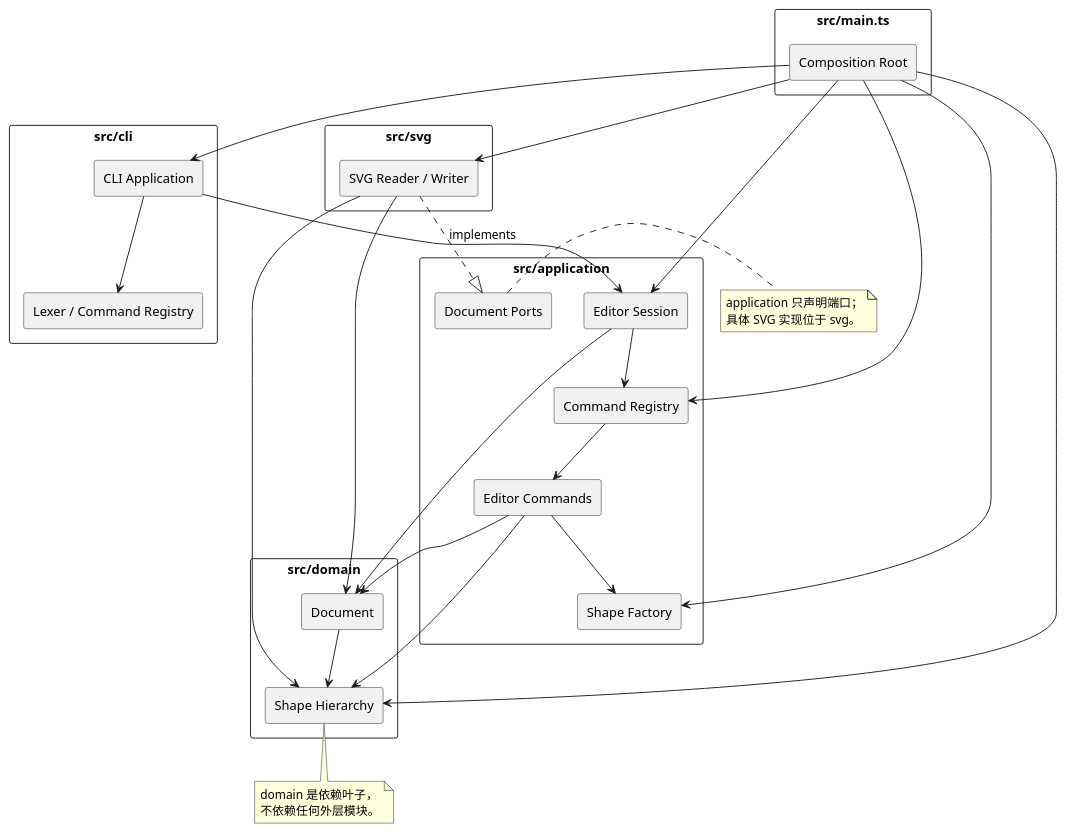
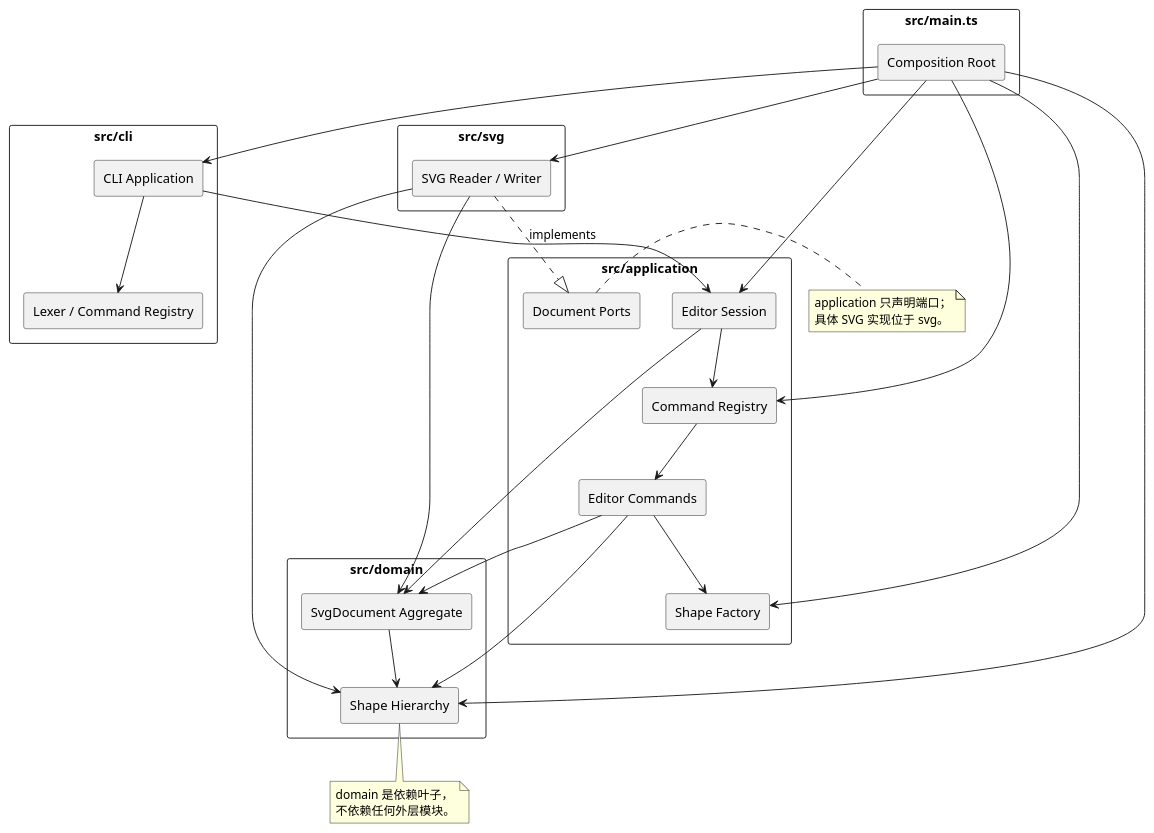
The diagram in doc/README.md (sensir233/-SVG-CLI-Editor), drawn with PlantUML before and after one commit. The commit also changed other lines of this file and 22 other files, not shown here.

````diff
--- a/doc/README.md
+++ b/doc/README.md
@@ -93,60 +98,60 @@
 ```plantuml
 @startuml
 skinparam componentStyle rectangle
 skinparam packageStyle rectangle
 
 package "src/main.ts" {
   [Composition Root] as Main
 }
 
 package "src/cli" {
   [CLI Application] as Cli
   [Lexer / Command Registry] as Parser
 }
 
 package "src/application" {
   [Editor Session] as Session
   [Editor Commands] as Commands
   [Command Registry] as Registry
   [Shape Factory] as Factory
   [Document Ports] as Ports
 }
 
 package "src/svg" {
   [SVG Reader / Writer] as Svg
 }
 
 package "src/domain" {
-  [Document] as Document
+  [SvgDocument Aggregate] as Document
   [Shape Hierarchy] as Shapes
 }
 
 Main --> Cli
 Main --> Session
 Main --> Registry
 Main --> Factory
 Main --> Svg
 Main --> Shapes
 Cli --> Session
 Cli --> Parser
 Session --> Registry
 Registry --> Commands
 Commands --> Factory
 Session --> Document
 Commands --> Document
 Commands --> Shapes
 Svg ..|> Ports : implements
 Svg --> Document
 Svg --> Shapes
 Document --> Shapes
 
 note right of Ports
   application 只声明端口；
   具体 SVG 实现位于 svg。
 end note
 note bottom of Shapes
   domain 是依赖叶子，
   不依赖任何外层模块。
 end note
 @enduml
 ```
````
